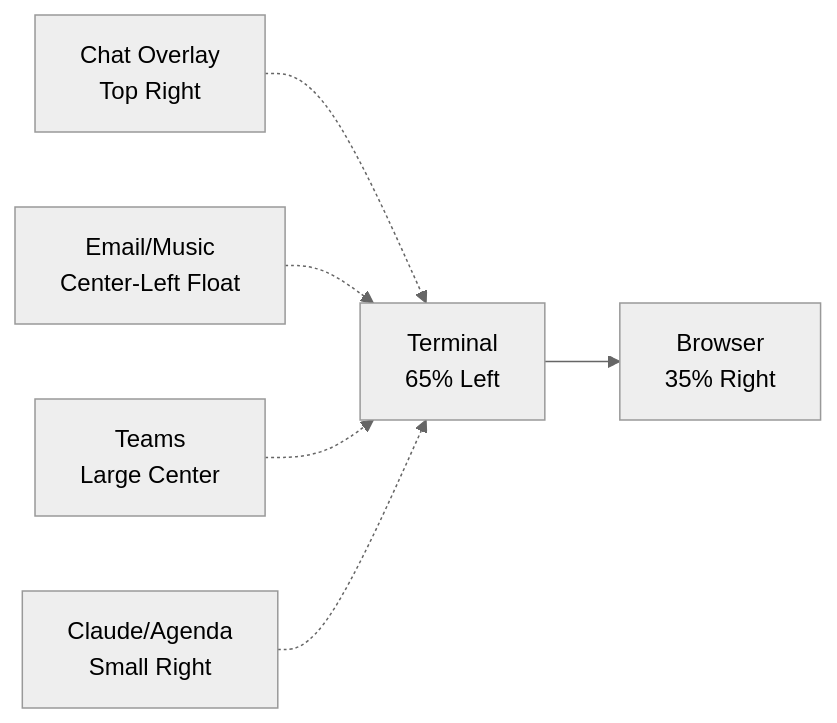
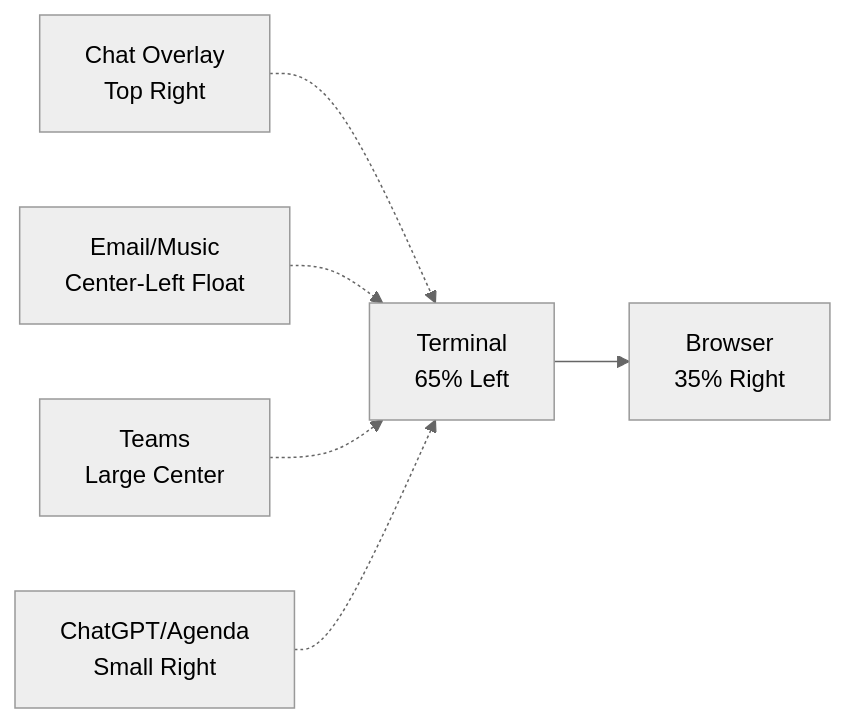
Before and after one commit to uarslandev/infra: the first of 3 diagrams in dotfiles/roles/hammerspoon/README.md, drawn with Mermaid (neutral theme). The commit also changed other lines of this file and 2 other files, not shown here.

Commit message:
feat(hammerspoon): switch g-key app mapping to ChatGPT

````diff
--- a/dotfiles/roles/hammerspoon/README.md
+++ b/dotfiles/roles/hammerspoon/README.md
@@ -93,8 +93,8 @@
 ```mermaid
 graph LR
     A[Terminal<br/>65% Left] --> B[Browser<br/>35% Right]
     C[Chat Overlay<br/>Top Right] -.-> A
     D[Email/Music<br/>Center-Left Float] -.-> A
     E[Teams<br/>Large Center] -.-> A
-    F[Claude/Agenda<br/>Small Right] -.-> A
+    F[ChatGPT/Agenda<br/>Small Right] -.-> A
 ```
````
